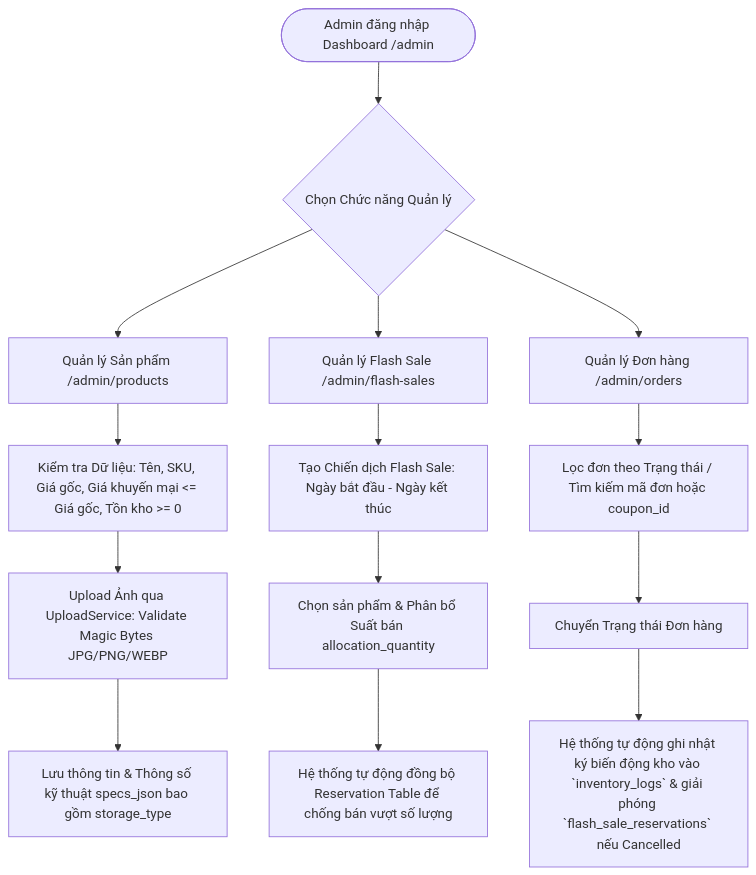
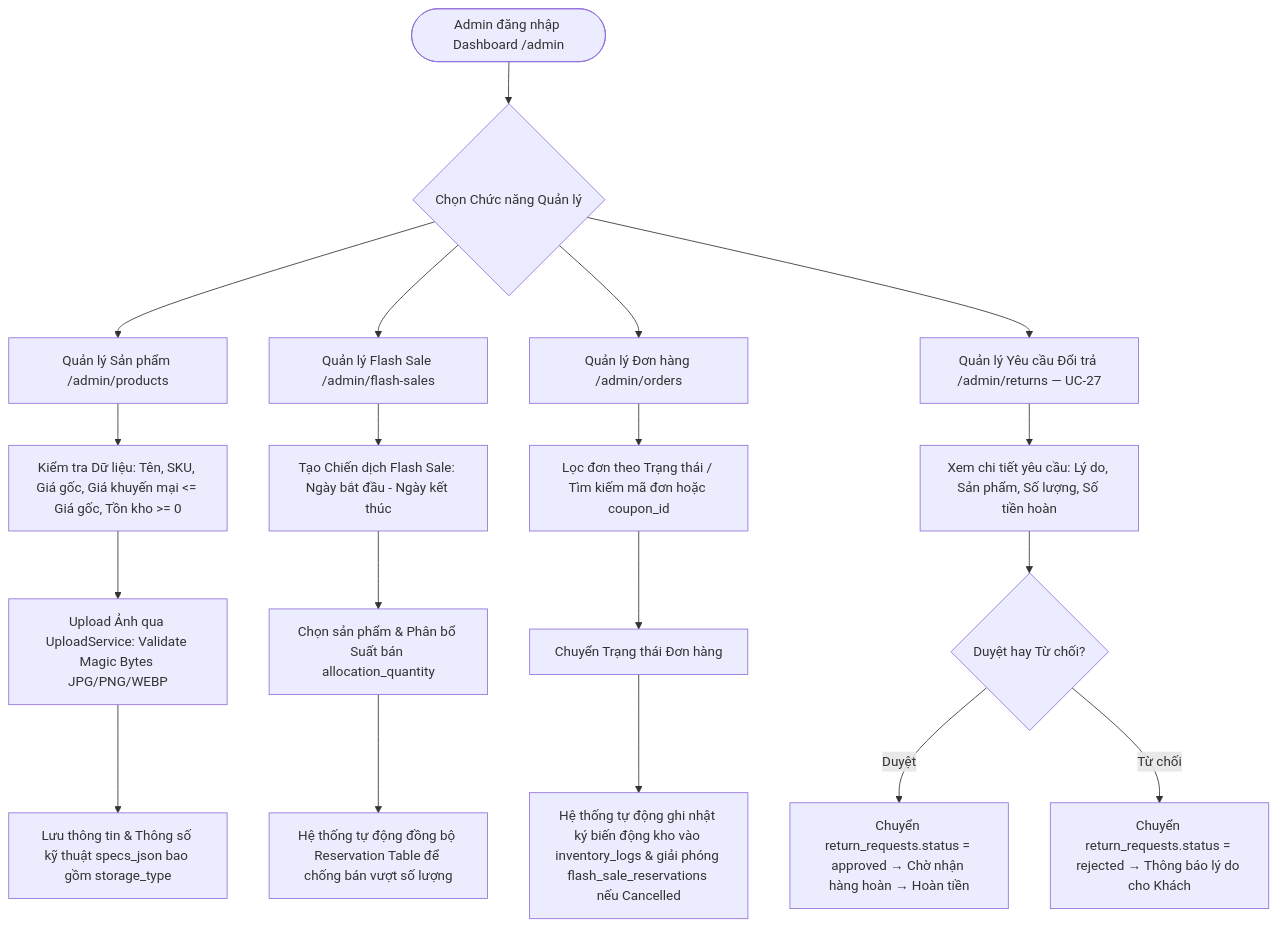
One commit to ntrungz0704/TechPilot changed the sixth of 6 diagrams in docs/techpilot-system-design.md. Above: the diagram before and after it, drawn with Mermaid. The commit also changed other lines of this file, not shown here.

Commit message:
docs: update system design document to v2.0 (synchronized 33 UCs, ERD, and workflows)

````diff
--- a/docs/techpilot-system-design.md
+++ b/docs/techpilot-system-design.md
@@ -521,19 +533,25 @@
 ```mermaid
 flowchart TD
     Start([Admin đăng nhập Dashboard /admin]) --> ChooseModule{Chọn Chức năng Quản lý}
     
     ChooseModule --> ProductMgmt[Quản lý Sản phẩm /admin/products]
     ProductMgmt --> ValidateProductInputs[Kiểm tra Dữ liệu: Tên, SKU, Giá gốc, Giá khuyến mại <= Giá gốc, Tồn kho >= 0]
     ValidateProductInputs --> UploadImg[Upload Ảnh qua UploadService: Validate Magic Bytes JPG/PNG/WEBP]
     UploadImg --> SaveProduct[Lưu thông tin & Thông số kỹ thuật specs_json bao gồm storage_type]
     
     ChooseModule --> FlashSaleMgmt[Quản lý Flash Sale /admin/flash-sales]
     FlashSaleMgmt --> CreateCampaign[Tạo Chiến dịch Flash Sale: Ngày bắt đầu - Ngày kết thúc]
     CreateCampaign --> SelectFSProducts[Chọn sản phẩm & Phân bổ Suất bán allocation_quantity]
     SelectFSProducts --> LockFS[Hệ thống tự động đồng bộ Reservation Table để chống bán vượt số lượng]
     
     ChooseModule --> OrderMgmt[Quản lý Đơn hàng /admin/orders]
     OrderMgmt --> FilterOrders[Lọc đơn theo Trạng thái / Tìm kiếm mã đơn hoặc coupon_id]
     FilterOrders --> ChangeOrderStatus[Chuyển Trạng thái Đơn hàng]
-    ChangeOrderStatus --> AuditInventory[Hệ thống tự động ghi nhật ký biến động kho vào `inventory_logs` & giải phóng `flash_sale_reservations` nếu Cancelled]
+    ChangeOrderStatus --> AuditInventory[Hệ thống tự động ghi nhật ký biến động kho vào inventory_logs & giải phóng flash_sale_reservations nếu Cancelled]
+    
+    ChooseModule --> ReturnMgmt[Quản lý Yêu cầu Đổi trả /admin/returns — UC-27]
+    ReturnMgmt --> ReviewReturn[Xem chi tiết yêu cầu: Lý do, Sản phẩm, Số lượng, Số tiền hoàn]
+    ReviewReturn --> DecideReturn{Duyệt hay Từ chối?}
+    DecideReturn -- Duyệt --> ApproveFlow[Chuyển return_requests.status = approved → Chờ nhận hàng hoàn → Hoàn tiền]
+    DecideReturn -- Từ chối --> RejectFlow[Chuyển return_requests.status = rejected → Thông báo lý do cho Khách]
 ```
````
